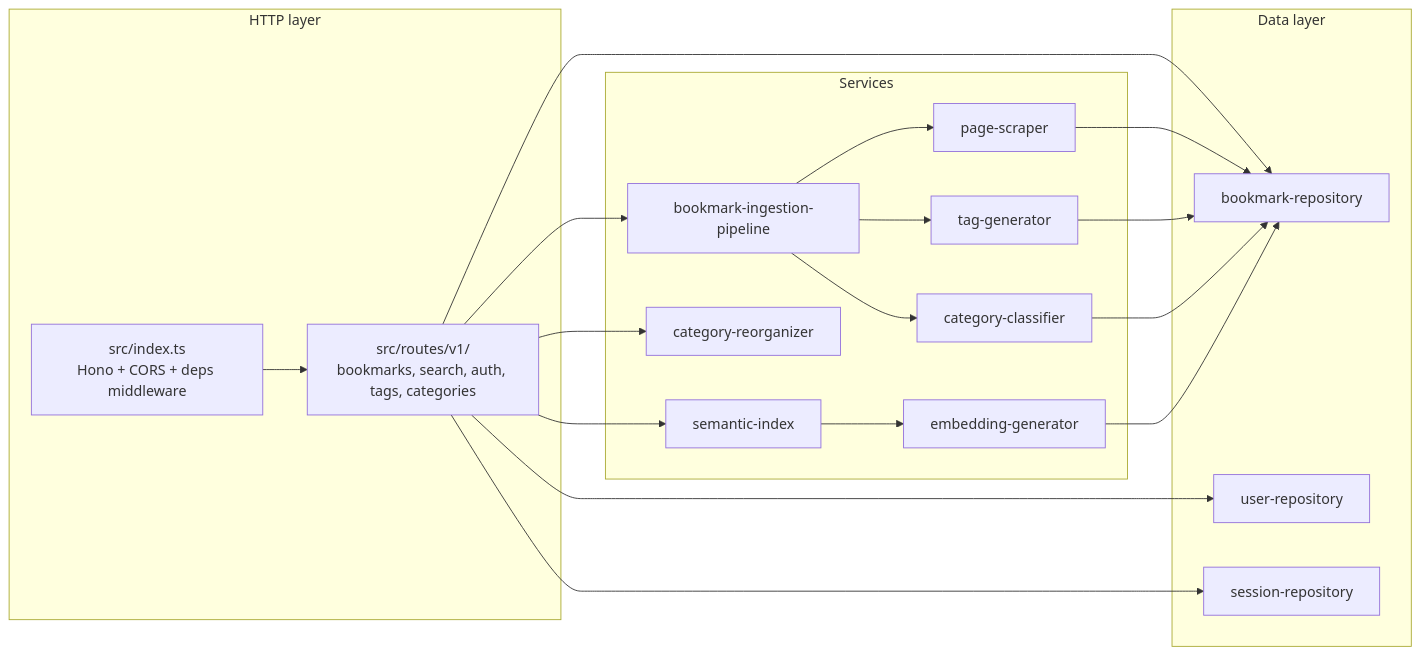
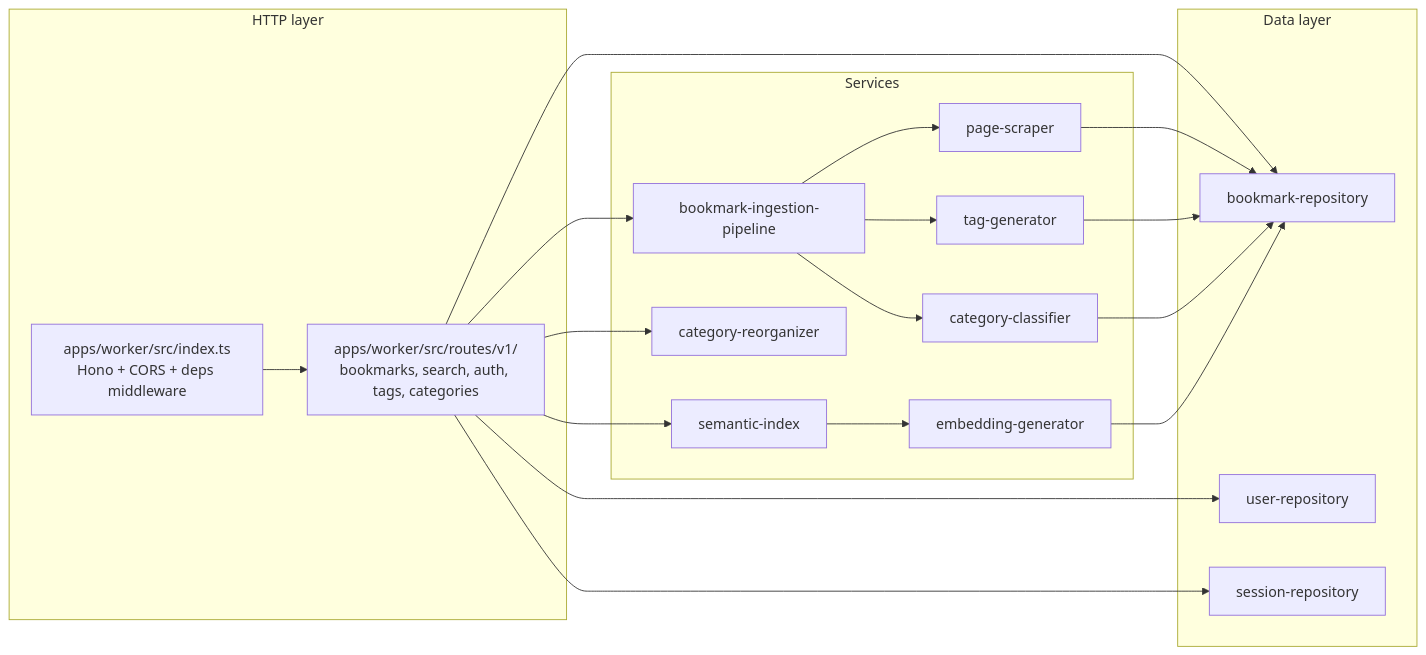
One commit to omoinjm/njmtech-cross-browser-bookmark changed the third of 4 diagrams in docs/README.md. Above: the diagram before and after it, drawn with Mermaid. The commit also changed other lines of this file and 71 other files, not shown here.

````diff
--- a/docs/README.md
+++ b/docs/README.md
@@ -85,39 +85,39 @@
 ```mermaid
 flowchart LR
   subgraph http [HTTP layer]
-    index["src/index.ts\nHono + CORS + deps middleware"]
-    routes["src/routes/v1/\nbookmarks, search, auth, tags, categories"]
+    index["apps/worker/src/index.ts\nHono + CORS + deps middleware"]
+    routes["apps/worker/src/routes/v1/\nbookmarks, search, auth, tags, categories"]
   end
 
   subgraph services [Services]
     pipeline["bookmark-ingestion-pipeline"]
     scraper["page-scraper"]
     tagger["tag-generator"]
     classifier["category-classifier"]
     reorganizer["category-reorganizer"]
     embedder["embedding-generator"]
     semantic["semantic-index"]
   end
 
   subgraph data [Data layer]
     repo["bookmark-repository"]
     userRepo["user-repository"]
     sessionRepo["session-repository"]
   end
 
   index --> routes
   routes --> pipeline
   routes --> repo
   routes --> userRepo
   routes --> sessionRepo
   pipeline --> scraper
   pipeline --> tagger
   pipeline --> classifier
   scraper --> repo
   tagger --> repo
   classifier --> repo
   routes --> reorganizer
   routes --> semantic
   semantic --> embedder
   embedder --> repo
 ```
````
